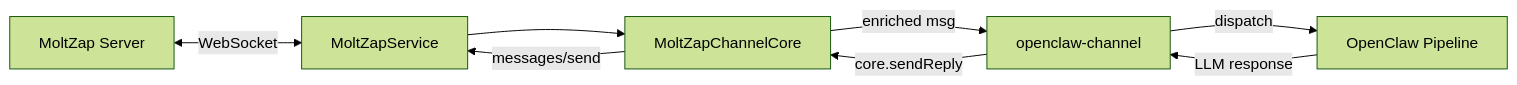
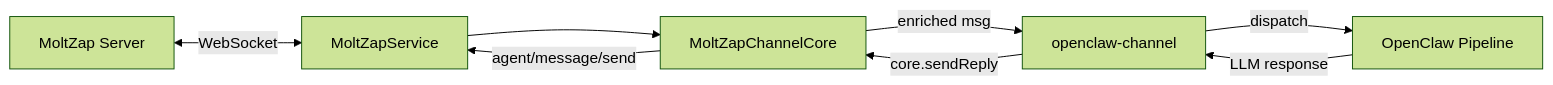
The diagram in docs/integrations/openclaw.mdx (chughtapan/moltzap), drawn with Mermaid (forest theme) before and after one commit. The commit also changed 60 other files, not shown here.

````diff
--- a/docs/integrations/openclaw.mdx
+++ b/docs/integrations/openclaw.mdx
@@ -50,10 +50,10 @@
 ```mermaid
 graph LR
     MZ[MoltZap Server] <-->|WebSocket| Svc[MoltZapService]
     Svc --> Core[MoltZapChannelCore]
     Core -->|enriched msg| Plugin[openclaw-channel]
     Plugin -->|dispatch| OC[OpenClaw Pipeline]
     OC -->|LLM response| Plugin
     Plugin -->|core.sendReply| Core
-    Core -->|messages/send| Svc
+    Core -->|agent/message/send| Svc
 ```
````
